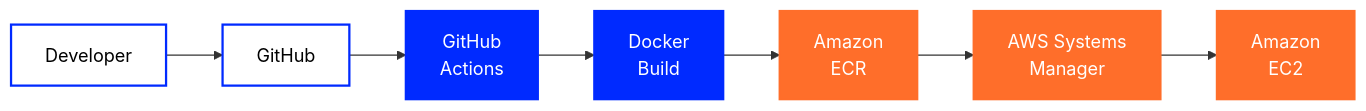
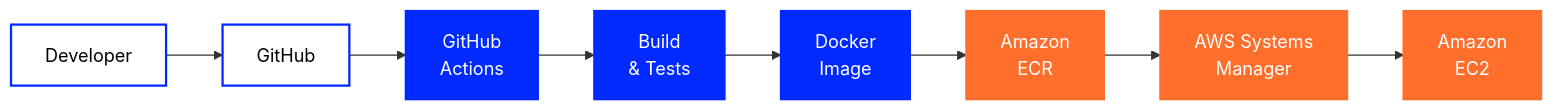
Before and after one commit to tr3ba/.github: the second of 2 diagrams in profile/README.md, drawn with Mermaid. The commit also changed other lines of this file, not shown here.

````diff
--- a/profile/README.md
+++ b/profile/README.md
@@ -260,26 +334,29 @@
 ```mermaid
 flowchart LR
 
     DEV["Developer"]
     GH["GitHub"]
     ACTIONS["GitHub<br/>Actions"]
-    DOCKER["Docker<br/>Build"]
+    TEST["Build<br/>& Tests"]
+    DOCKER["Docker<br/>Image"]
     ECR["Amazon<br/>ECR"]
     SSM["AWS Systems<br/>Manager"]
     EC2["Amazon<br/>EC2"]
 
     DEV --> GH
     GH --> ACTIONS
-    ACTIONS --> DOCKER
+    ACTIONS --> TEST
+    TEST --> DOCKER
     DOCKER --> ECR
     ECR --> SSM
     SSM --> EC2
 
     style DEV fill:#ffffff,color:#000000,stroke:#002AFF,stroke-width:2px
     style GH fill:#ffffff,color:#000000,stroke:#002AFF,stroke-width:2px
     style ACTIONS fill:#002AFF,color:#ffffff,stroke:#002AFF,stroke-width:2px
+    style TEST fill:#002AFF,color:#ffffff,stroke:#002AFF,stroke-width:2px
     style DOCKER fill:#002AFF,color:#ffffff,stroke:#002AFF,stroke-width:2px
     style ECR fill:#FF6E2A,color:#ffffff,stroke:#FF6E2A,stroke-width:2px
     style SSM fill:#FF6E2A,color:#ffffff,stroke:#FF6E2A,stroke-width:2px
     style EC2 fill:#FF6E2A,color:#ffffff,stroke:#FF6E2A,stroke-width:2px
 ```
````
